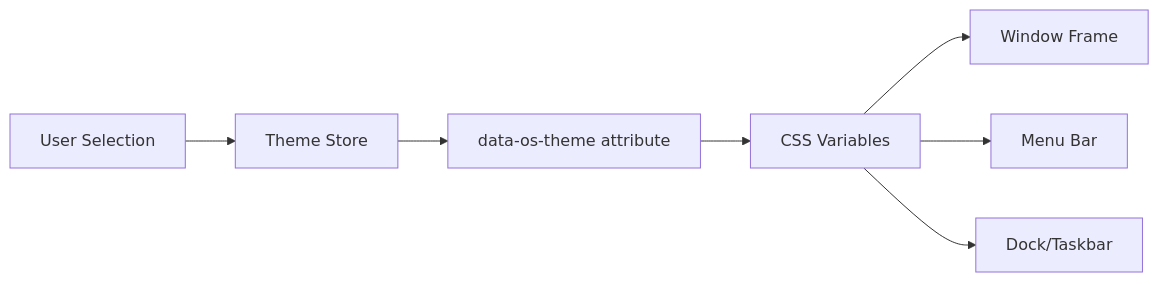
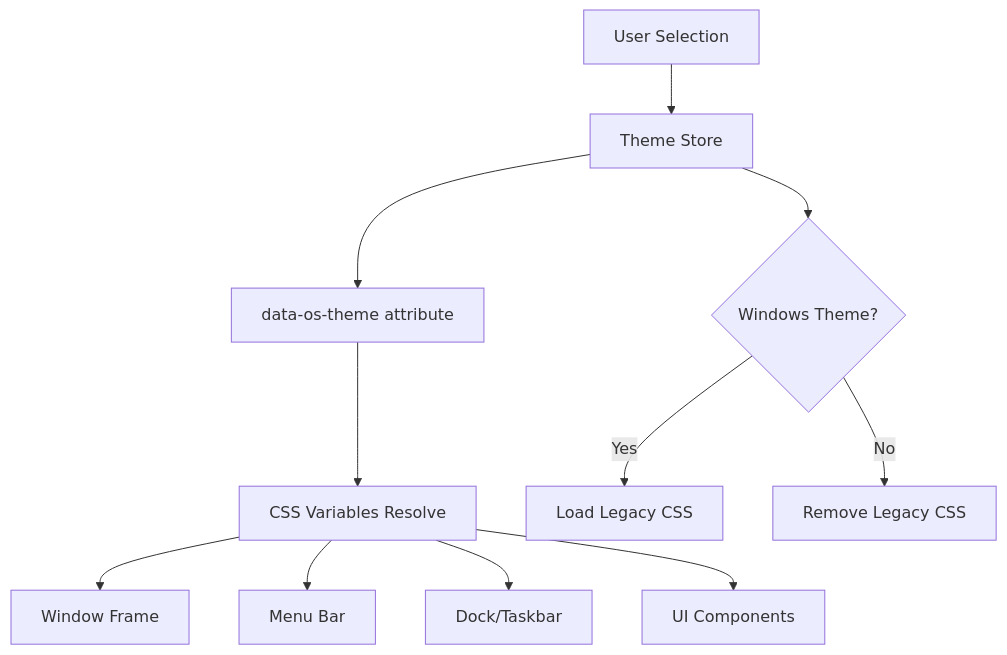
Before and after one commit to ryokun6/ryos: the first of 4 diagrams in docs/3.3-theme-system.md, drawn with Mermaid. The commit also changed other lines of this file and 48 other files, not shown here.

First line of the commit message:
Extend architecture documentation with comprehensive coverage

````diff
--- a/docs/3.3-theme-system.md
+++ b/docs/3.3-theme-system.md
@@ -16,9 +16,14 @@
 ```mermaid
-flowchart LR
+flowchart TD
     A[User Selection] --> B[Theme Store]
     B --> C["data-os-theme attribute"]
-    C --> D[CSS Variables]
+    C --> D[CSS Variables Resolve]
     D --> E[Window Frame]
     D --> F[Menu Bar]
     D --> G[Dock/Taskbar]
+    D --> H[UI Components]
+    
+    B --> I{Windows Theme?}
+    I -->|Yes| J[Load Legacy CSS]
+    I -->|No| K[Remove Legacy CSS]
 ```
````
